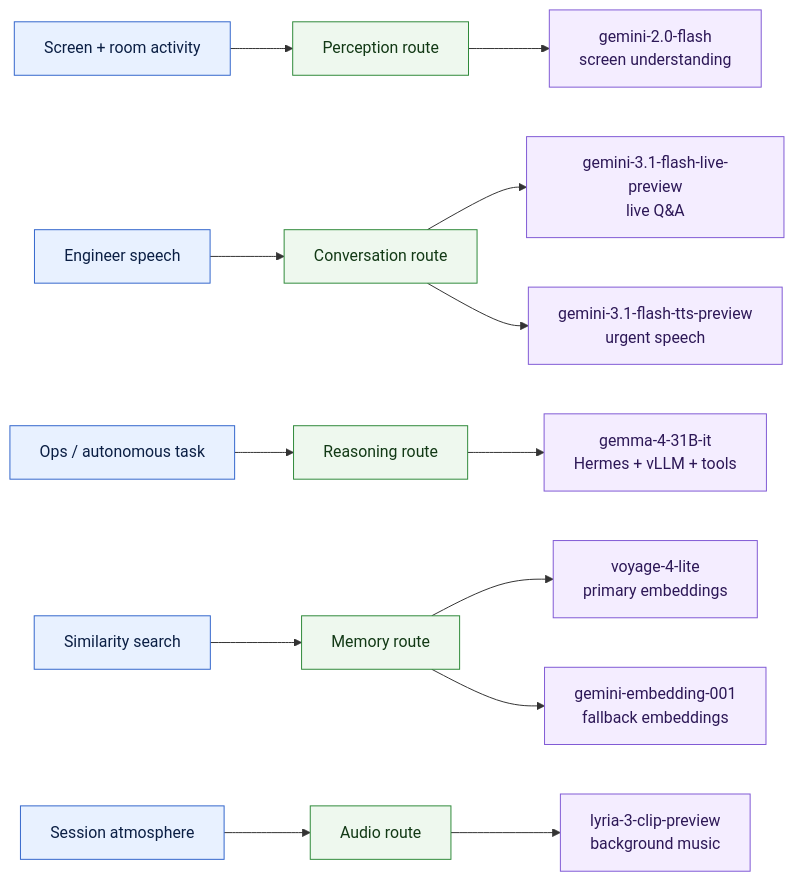
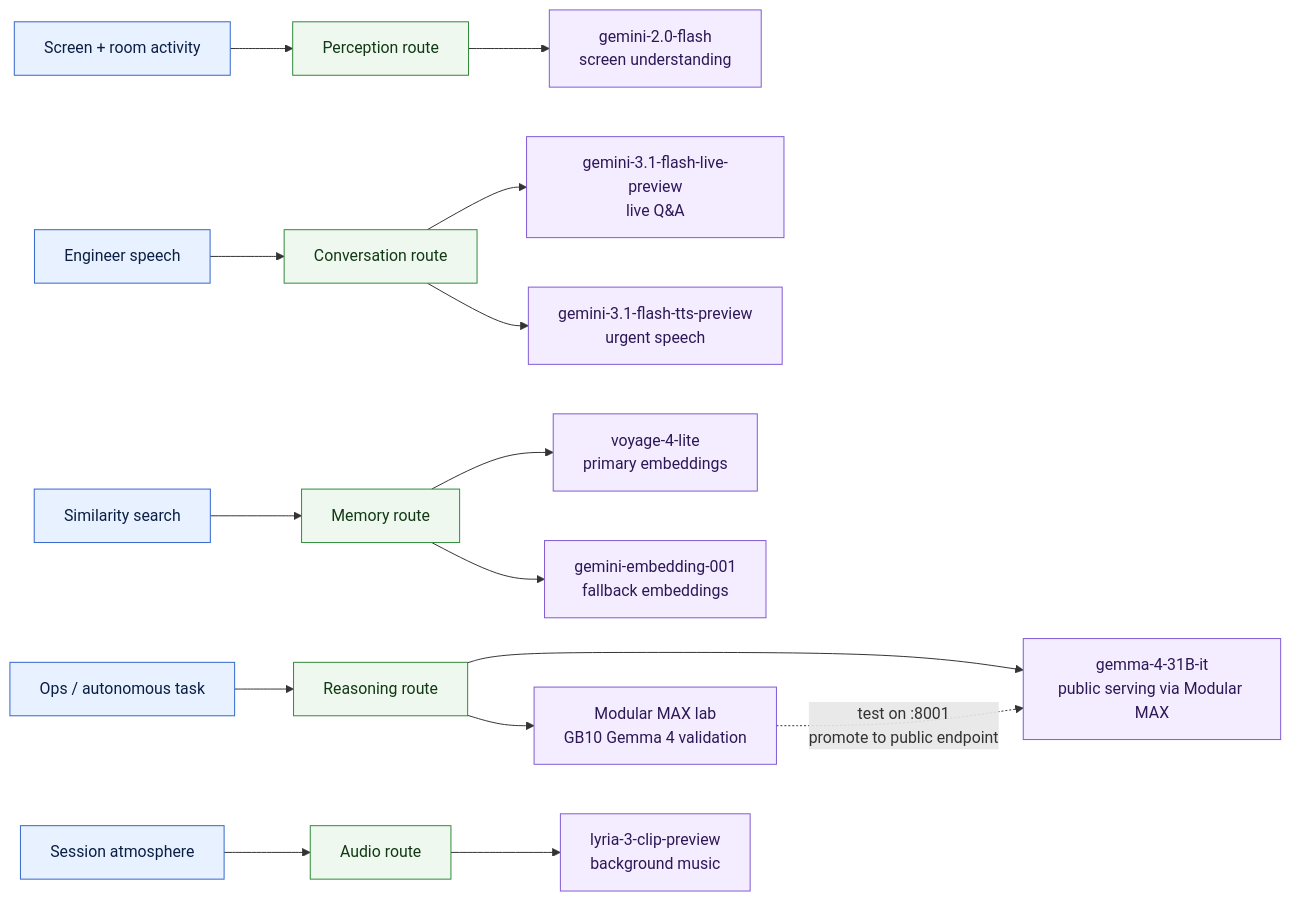
One commit to karti-ai/podman changed the third of 6 diagrams in README.md. Above: the diagram before and after it, drawn with Mermaid. The commit also changed other lines of this file and 1 other file, not shown here.

Commit message:
docs: update README with Modular MAX architecture

````diff
--- a/README.md
+++ b/README.md
@@ -130,23 +152,25 @@
 ```mermaid
 flowchart LR
   Work["Screen + room activity"] --> VisionRoute["Perception route"]
   VoiceInput["Engineer speech"] --> ConversationRoute["Conversation route"]
   OpsNeed["Ops / autonomous task"] --> HermesRoute["Reasoning route"]
   MemoryNeed["Similarity search"] --> EmbedRoute["Memory route"]
   Ambient["Session atmosphere"] --> MusicRoute["Audio route"]
 
   VisionRoute --> Gemini20["gemini-2.0-flash<br/>screen understanding"]
   ConversationRoute --> GeminiLive["gemini-3.1-flash-live-preview<br/>live Q&A"]
   ConversationRoute --> GeminiTTS["gemini-3.1-flash-tts-preview<br/>urgent speech"]
-  HermesRoute --> Gemma["gemma-4-31B-it<br/>Hermes + vLLM + tools"]
+  HermesRoute --> Gemma["gemma-4-31B-it<br/>public serving via Modular MAX"]
+  HermesRoute --> Max["Modular MAX lab<br/>GB10 Gemma 4 validation"]
+  Max -. "test on :8001<br/>promote to public endpoint" .-> Gemma
   EmbedRoute --> Voyage["voyage-4-lite<br/>primary embeddings"]
   EmbedRoute --> GeminiEmbed["gemini-embedding-001<br/>fallback embeddings"]
   MusicRoute --> Lyria["lyria-3-clip-preview<br/>background music"]
 
   classDef signal fill:#e8f1ff,stroke:#3366cc,color:#0b1f44;
   classDef route fill:#eef8ee,stroke:#2f8a3a,color:#123915;
   classDef model fill:#f4edff,stroke:#805ad5,color:#2d1857;
   class Work,VoiceInput,OpsNeed,MemoryNeed,Ambient signal;
   class VisionRoute,ConversationRoute,HermesRoute,EmbedRoute,MusicRoute route;
-  class Gemini20,GeminiLive,GeminiTTS,Gemma,Voyage,GeminiEmbed,Lyria model;
+  class Gemini20,GeminiLive,GeminiTTS,Gemma,Max,Voyage,GeminiEmbed,Lyria model;
 ```
````
